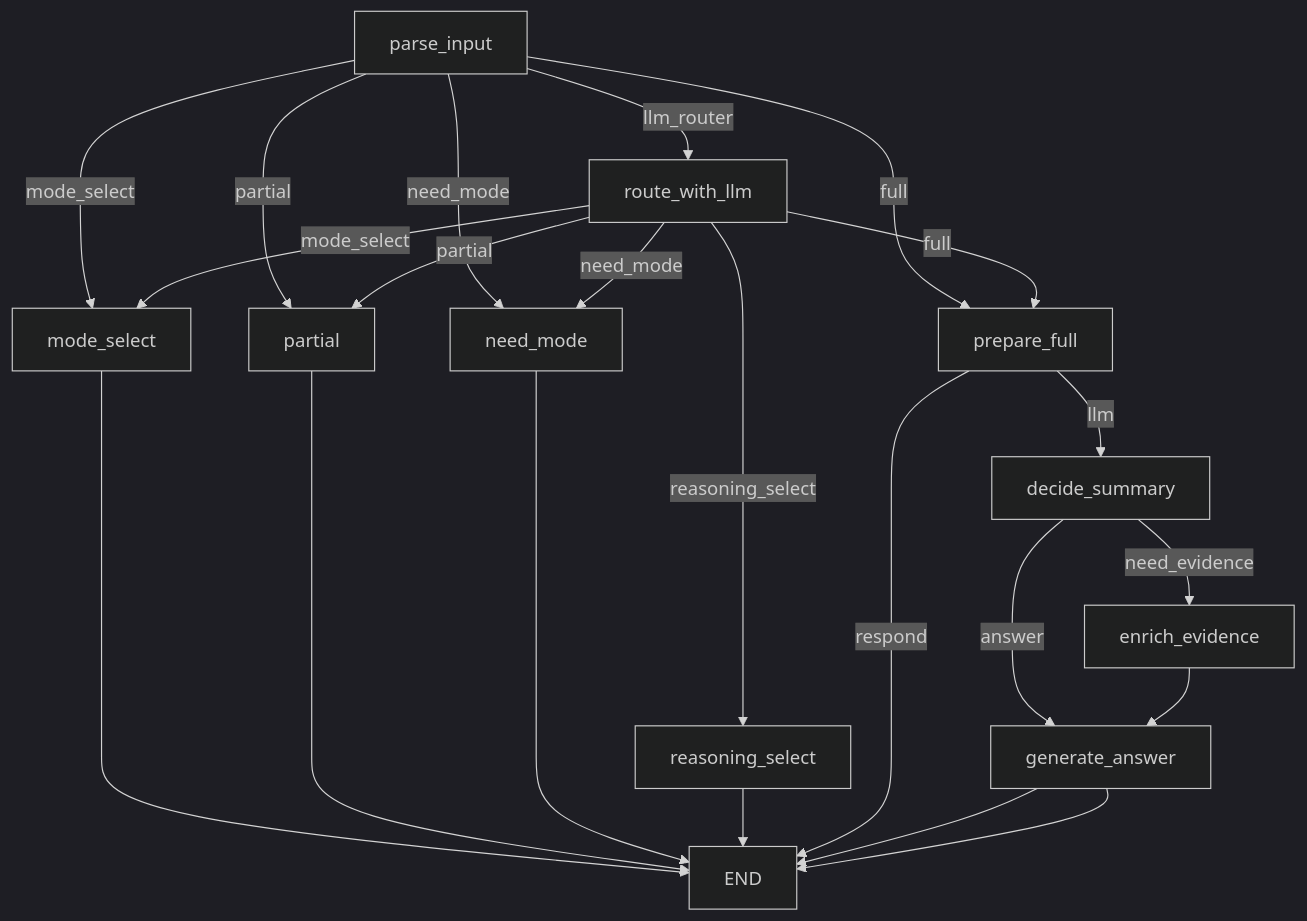
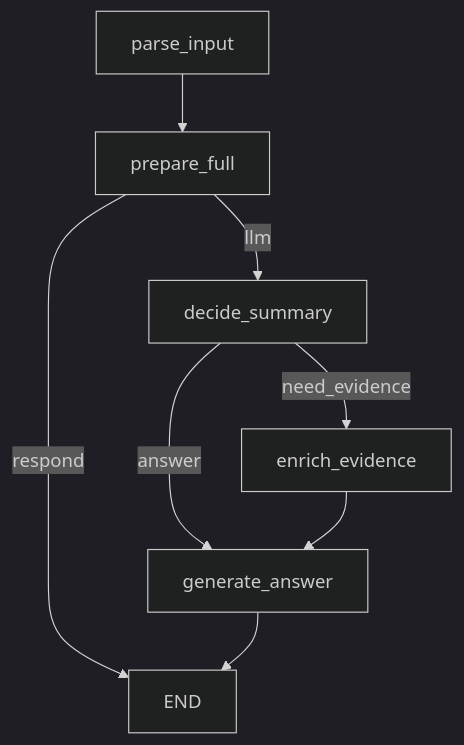
One commit to seolbbb/Re-View changed the diagram in src/docs/agent.md. Above: the diagram before and after it, drawn with Mermaid (dark theme). The commit also changed other lines of this file and 1 other file, not shown here.

First line of the commit message:
feat: simplify graph to minimal full-mode flow

````diff
--- a/src/docs/agent.md
+++ b/src/docs/agent.md
@@ -61,19 +43,8 @@
 ```mermaid
 flowchart TD
-  parse_input -->|mode_select| mode_select --> END
-  parse_input -->|partial| partial --> END
-  parse_input -->|full| prepare_full
-  parse_input -->|need_mode| need_mode --> END
-  parse_input -->|llm_router| route_with_llm
-  route_with_llm -->|mode_select| mode_select
-  route_with_llm -->|reasoning_select| reasoning_select
-  route_with_llm -->|partial| partial
-  route_with_llm -->|full| prepare_full
-  route_with_llm -->|need_mode| need_mode
-  reasoning_select --> END
+  parse_input --> prepare_full
   prepare_full -->|respond| END
   prepare_full -->|llm| decide_summary
   decide_summary -->|answer| generate_answer --> END
   decide_summary -->|need_evidence| enrich_evidence --> generate_answer
-  generate_answer --> END
 ```
````
